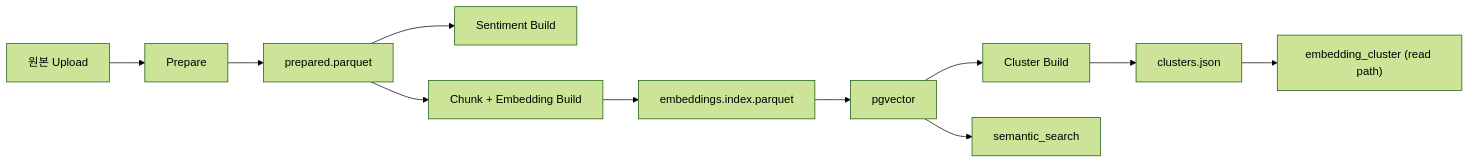
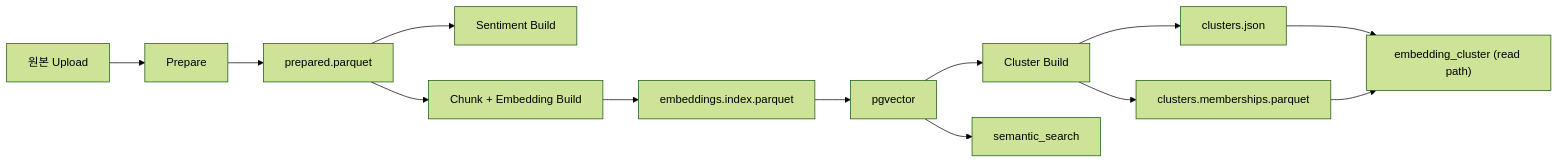
One commit to squirrelabbit/analysis-agent-platform changed the diagram in docs/architecture/unstructured_storage_transition.md. Above: the diagram before and after it, drawn with Mermaid (forest theme). The commit also changed other lines of this file and 4 other files, not shown here.

````diff
--- a/docs/architecture/unstructured_storage_transition.md
+++ b/docs/architecture/unstructured_storage_transition.md
@@ -22,13 +23,15 @@
 ```mermaid
 flowchart LR
     A["원본 Upload"] --> B["Prepare"]
     B --> C["prepared.parquet"]
     C --> D["Sentiment Build"]
     C --> E["Chunk + Embedding Build"]
     E --> F["embeddings.index.parquet"]
     F --> G["pgvector"]
     G --> H["Cluster Build"]
     H --> I["clusters.json"]
+    H --> I2["clusters.memberships.parquet"]
     G --> J["semantic_search"]
     I --> K["embedding_cluster (read path)"]
+    I2 --> K
 ```
````
